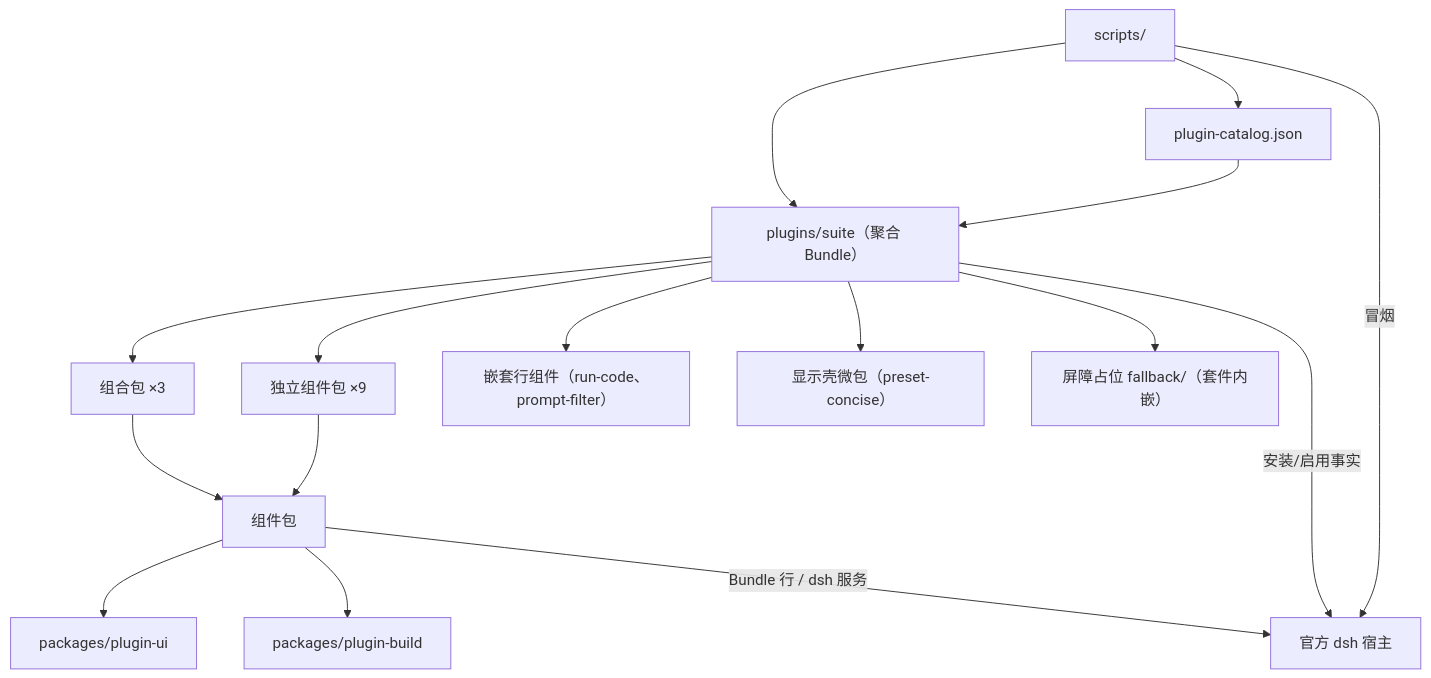
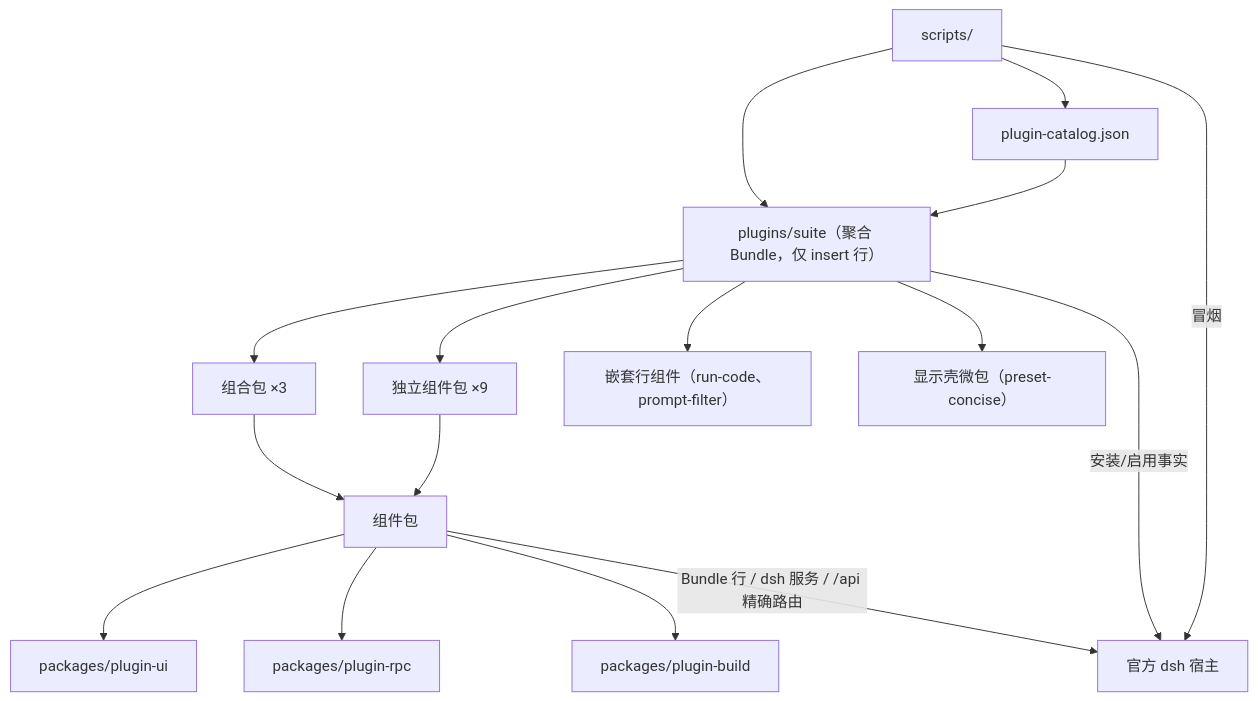
The diagram in ARCHITECTURE.md (WaynePluto/dsh-kit), drawn with Mermaid before and after one commit. The commit also changed other lines of this file and 87 other files, not shown here.

````diff
--- a/ARCHITECTURE.md
+++ b/ARCHITECTURE.md
@@ -25,18 +26,18 @@
 ```mermaid
 graph TD
-  Suite["plugins/suite（聚合 Bundle）"] --> Combo["组合包 ×3"]
+  Suite["plugins/suite（聚合 Bundle，仅 insert 行）"] --> Combo["组合包 ×3"]
   Suite --> Solo["独立组件包 ×9"]
   Suite --> Nested["嵌套行组件（run-code、prompt-filter）"]
   Suite --> Shell["显示壳微包（preset-concise）"]
-  Suite --> Fallback["屏障占位 fallback/（套件内嵌）"]
   Combo --> Comp["组件包"]
   Solo --> Comp
   Comp --> PluginUI["packages/plugin-ui"]
+  Comp --> KitRPC["packages/plugin-rpc"]
   Comp --> Build["packages/plugin-build"]
-  Comp -->|Bundle 行 / dsh 服务| DSH["官方 dsh 宿主"]
+  Comp -->|Bundle 行 / dsh 服务 / /api 精确路由| DSH["官方 dsh 宿主"]
   Suite -->|"安装/启用事实"| DSH
   Scripts["scripts/"] --> Suite
   Scripts --> Catalog["plugin-catalog.json"]
   Catalog --> Suite
   Scripts -->|冒烟| DSH
 ```
````
